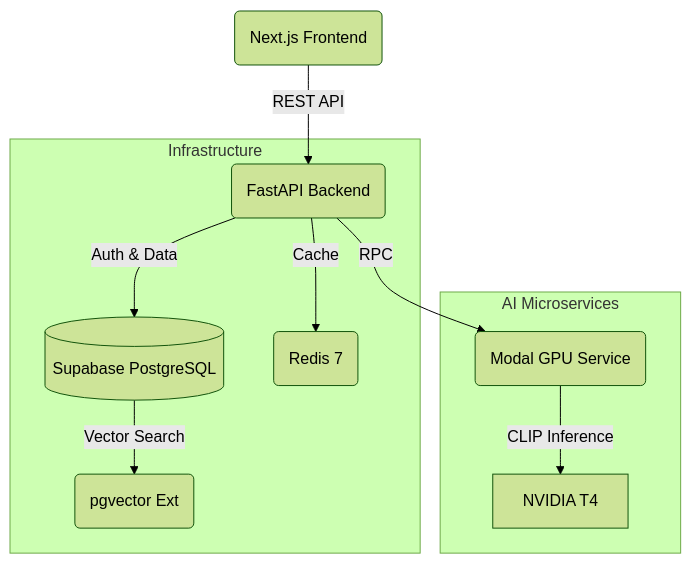
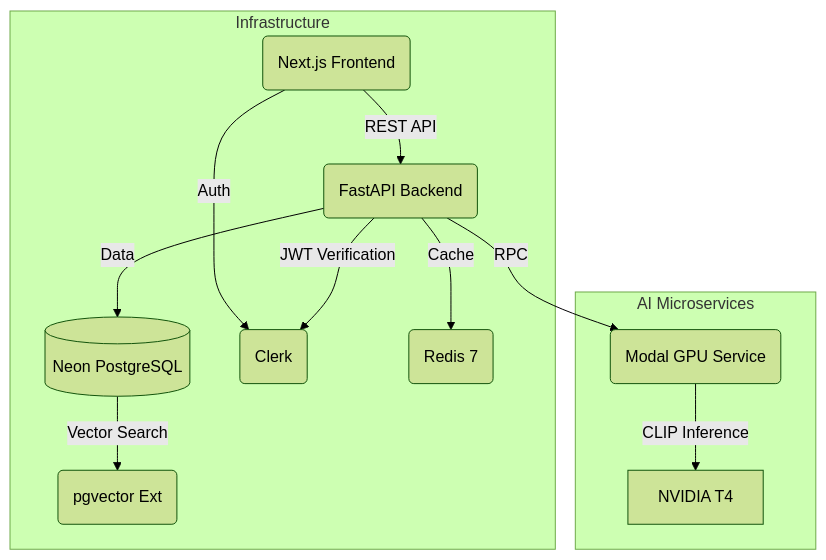
Before and after one commit to msrishav-28/anivibe-dev: the diagram in README.md, drawn with Mermaid (forest theme). The commit also changed other lines of this file and 68 other files, not shown here.

````diff
--- a/README.md
+++ b/README.md
@@ -60,15 +62,17 @@
 ```mermaid
 graph TD
     Client(Next.js Frontend) -->|REST API| API(FastAPI Backend)
     
     subgraph "Infrastructure"
-        API -->|Auth & Data| DB[(Supabase PostgreSQL)]
+        API -->|Data| DB[(Neon PostgreSQL)]
+        Client -->|Auth| Clerk(Clerk)
+        API -->|JWT Verification| Clerk
         DB -->|Vector Search| PGVector(pgvector Ext)
         API -->|Cache| Redis(Redis 7)
     end
     
     subgraph "AI Microservices"
         API -->|RPC| Modal(Modal GPU Service)
         Modal -->|CLIP Inference| GPU[NVIDIA T4]
     end
 ```
````
